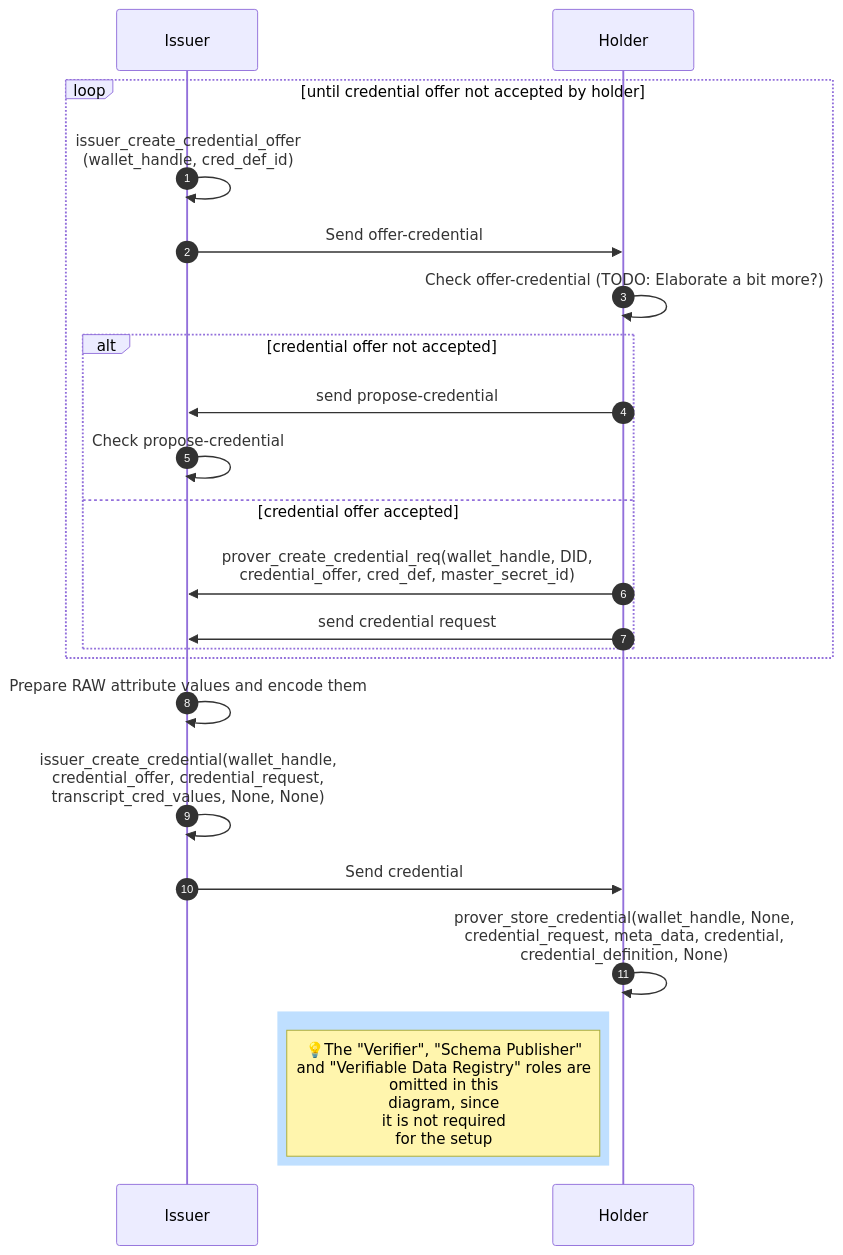
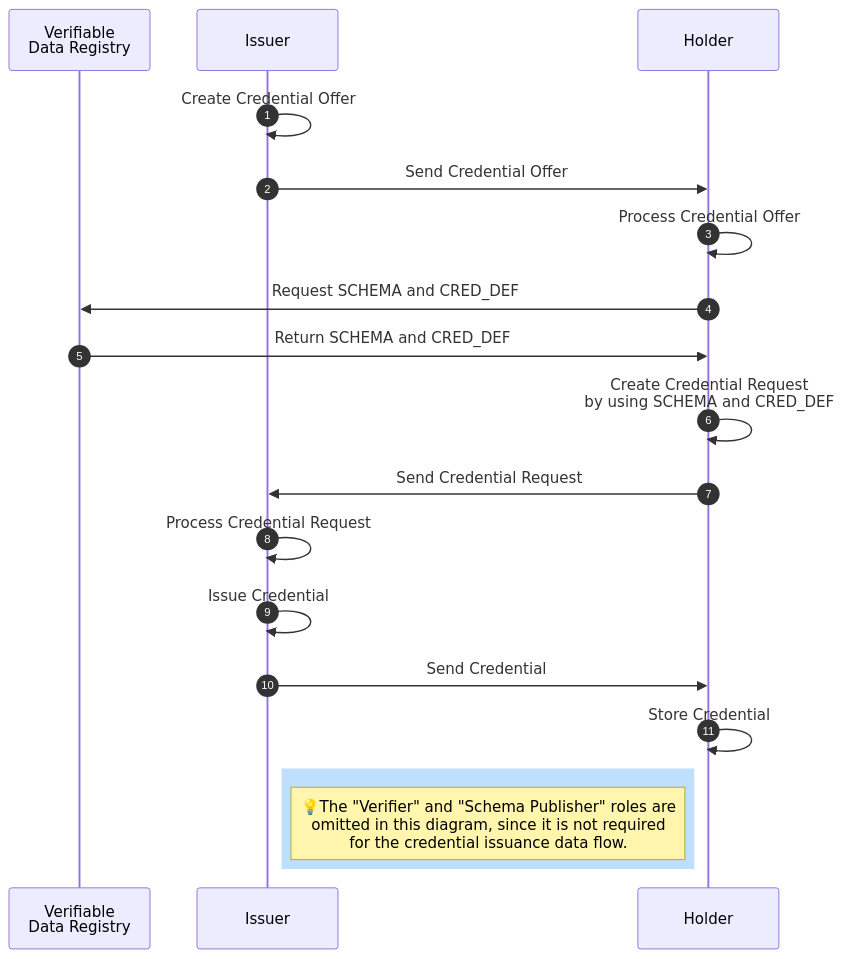
The diagram in spec/data_flow_issuance.md (hyperledger/anoncreds-spec), drawn with Mermaid before and after one commit.

Commit message:
Simplified issuance steps in overview and omitted indy code specific naming

````diff
--- a/spec/data_flow_issuance.md
+++ b/spec/data_flow_issuance.md
@@ -3,33 +3,40 @@
 ```mermaid
 sequenceDiagram
     autonumber
-    #participant L as Verifiable<br>Data Registry
-    #participant SP as Schema Publisher
+    participant L as Verifiable<br>Data Registry
     participant I as Issuer
     participant H as Holder  
 
 
-    loop until credential offer not accepted by holder
-        
-        I ->> I: issuer_create_credential_offer<br>(wallet_handle, cred_def_id)
-        I ->> H: Send offer-credential
-        H ->> H: Check offer-credential (TODO: Elaborate a bit more?)
+    %%I ->> I: issuer_create_credential_offer<br>(wallet_handle, cred_def_id)
+    %%I ->> H: Send offer-credential
+    %%H ->> H: Process offer-credential
+    %%H ->> H: build_get_cred_def_request(issuer_DID, cred_def_id)
+    %%H ->> L: submit_request(pool_handle, get_cred_def_request)
+    %%H ->> H: parse_get_cred_def_response(get_cred_def_response)
+    %%H ->> I: prover_create_credential_req(wallet_handle, issuer_DID,<br>credential_offer, cred_def, master_secret_id)
+    %%H ->> I: send credential request
+ 
+    %%I ->> I: Prepare RAW attribute values and encode them
+    %%I ->> I: issuer_create_credential(wallet_handle,<br>credential_offer, credential_request <br>transcript_cred_values, None, None)
+    %%I ->> H: Send credential
+    %%H ->> H: prover_store_credential(wallet_handle, None,<br>credential_request, meta_data, %%credential,<br>credential_definition, None)
 
-        alt credential offer not accepted            
-            H ->> I: send propose-credential
-            I ->> I: Check propose-credential
-        else credential offer accepted
-            H ->> I: prover_create_credential_req(wallet_handle, DID,<br>credential_offer, cred_def, master_secret_id)
-            H ->> I: send credential request
-        end
-    end
+    I ->> I: Create Credential Offer
+    I ->> H: Send Credential Offer
+    H ->> H: Process Credential Offer
+    H ->> L: Request SCHEMA and CRED_DEF
+    L ->> H: Return SCHEMA and CRED_DEF
+    H ->> H: Create Credential Request<br>by using SCHEMA and CRED_DEF
+    H ->> I: Send Credential Request
+    I ->> I: Process Credential Request
+    I ->> I: Issue Credential
+    I ->> H: Send Credential
+    H ->> H: Store Credential
 
-    I ->> I: Prepare RAW attribute values and encode them
-    I ->> I: issuer_create_credential(wallet_handle,<br>credential_offer, credential_request,<br>transcript_cred_values, None, None)
-    I ->> H: Send credential
-    H ->> H: prover_store_credential(wallet_handle, None,<br>credential_request, meta_data, credential,<br>credential_definition, None)
+
 
     rect rgb(191, 223, 255)
-      Note left of H: 💡The "Verifier", "Schema Publisher"<br>and "Verifiable Data Registry" roles are<br>omitted in this<br>diagram, since<br>it is not required<br>for the setup
+      Note left of H: 💡The "Verifier" and "Schema Publisher" roles are<br>omitted in this diagram, since it is not required<br>for the credential issuance data flow.
     end
 ```
````
